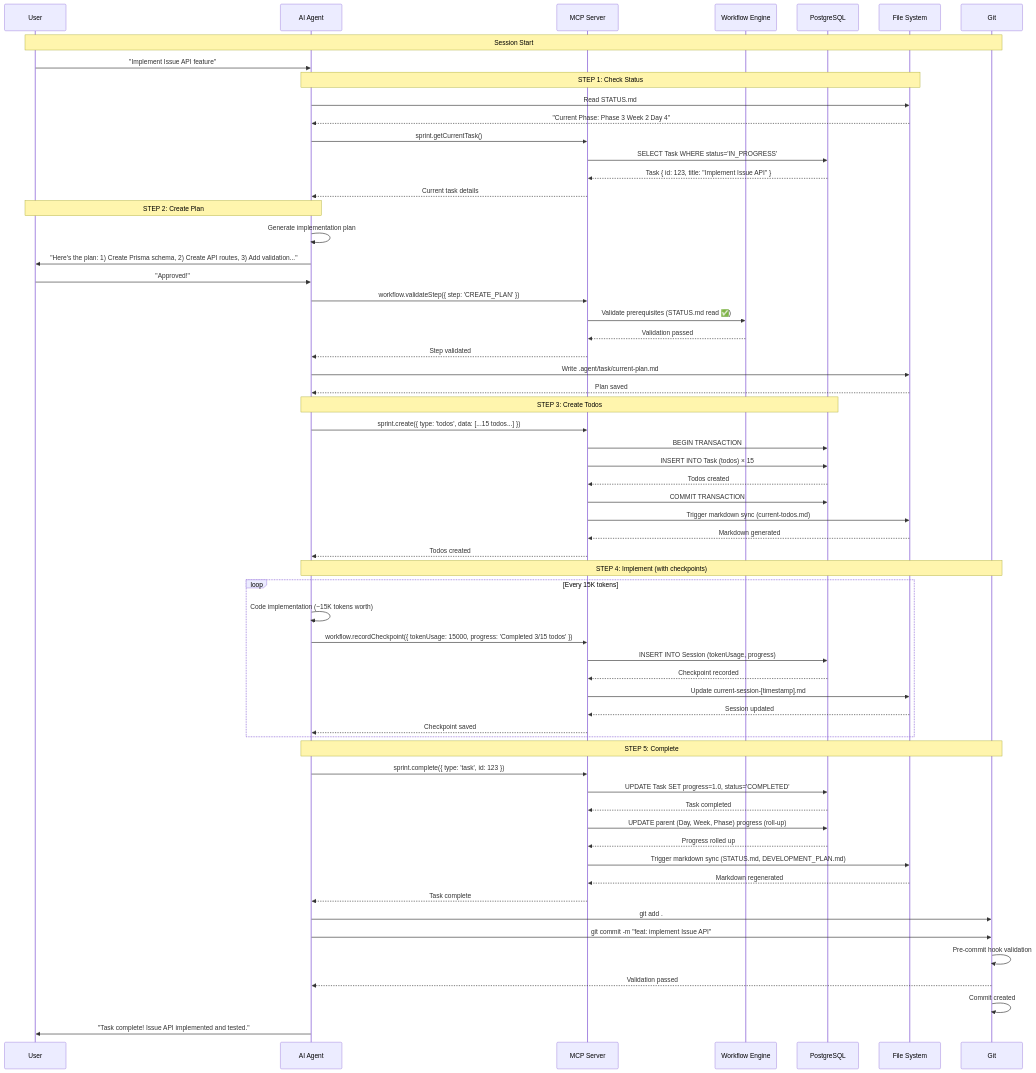
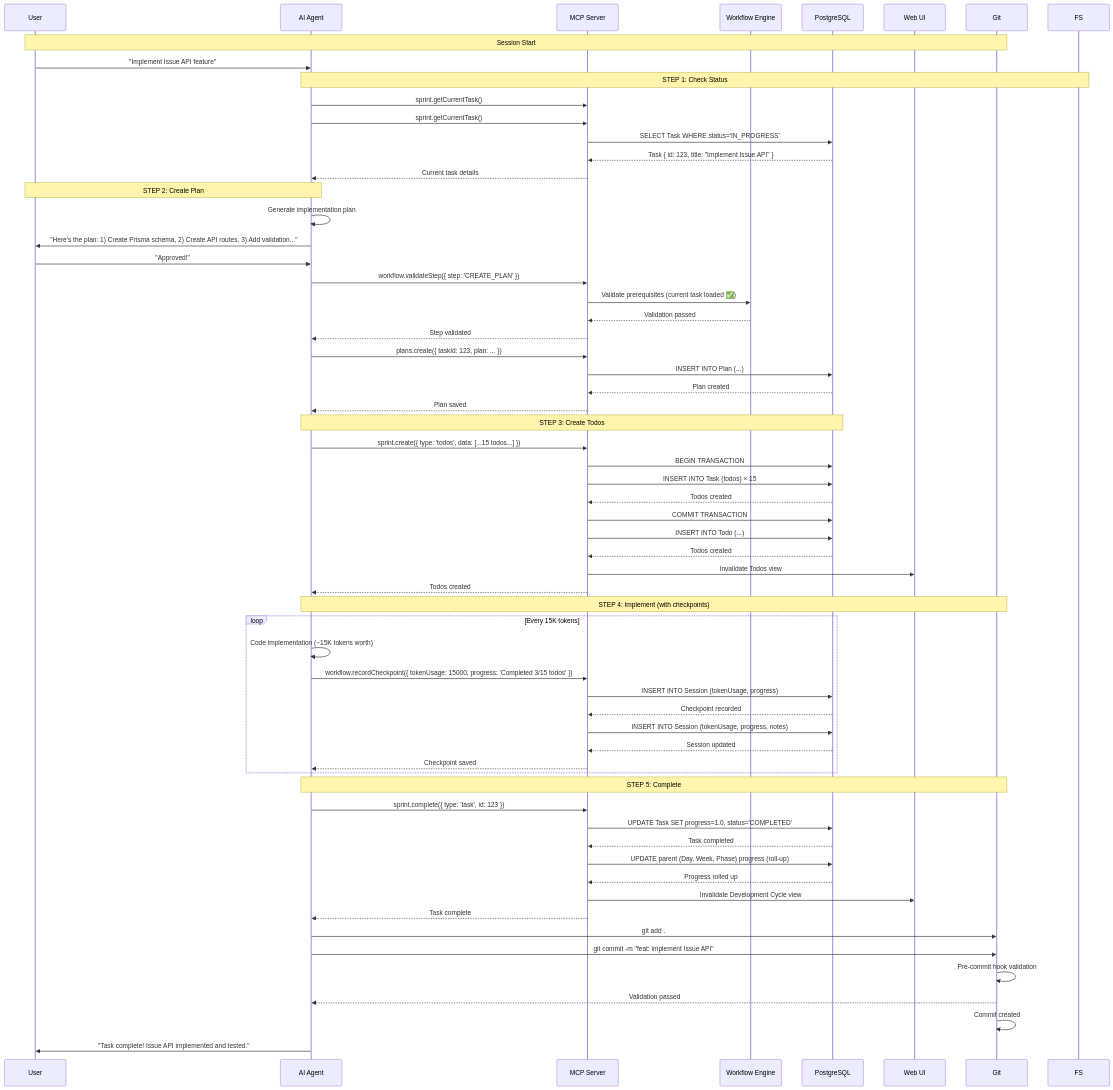
Before and after one commit to draco28/ProjectPulse: diagram 23 of 24 in docs/03-Architecture.md, drawn with Mermaid. The commit also changed other lines of this file and 8 other files, not shown here.

````diff
--- a/docs/03-Architecture.md
+++ b/docs/03-Architecture.md
@@ -3497,70 +3307,71 @@
 ```mermaid
 sequenceDiagram
     participant User
     participant Agent as AI Agent
     participant MCP as MCP Server
     participant WorkflowEngine as Workflow Engine
     participant DB as PostgreSQL
-    participant FS as File System
+    participant UI as Web UI
     participant Git
 
     Note over User,Git: Session Start
     User->>Agent: "Implement Issue API feature"
 
     Note over Agent,FS: STEP 1: Check Status
-    Agent->>FS: Read STATUS.md
-    FS-->>Agent: "Current Phase: Phase 3 Week 2 Day 4"
+    Agent->>MCP: sprint.getCurrentTask()
     Agent->>MCP: sprint.getCurrentTask()
     MCP->>DB: SELECT Task WHERE status='IN_PROGRESS'
     DB-->>MCP: Task { id: 123, title: "Implement Issue API" }
     MCP-->>Agent: Current task details
 
     Note over Agent,User: STEP 2: Create Plan
     Agent->>Agent: Generate implementation plan
     Agent->>User: "Here's the plan: 1) Create Prisma schema, 2) Create API routes, 3) Add validation..."
     User->>Agent: "Approved!"
     Agent->>MCP: workflow.validateStep({ step: 'CREATE_PLAN' })
-    MCP->>WorkflowEngine: Validate prerequisites (STATUS.md read ✅)
+    MCP->>WorkflowEngine: Validate prerequisites (current task loaded ✅)
     WorkflowEngine-->>MCP: Validation passed
     MCP-->>Agent: Step validated
-    Agent->>FS: Write .agent/task/current-plan.md
-    FS-->>Agent: Plan saved
+    Agent->>MCP: plans.create({ taskId: 123, plan: ... })
+    MCP->>DB: INSERT INTO Plan (...)
+    DB-->>MCP: Plan created
+    MCP-->>Agent: Plan saved
 
     Note over Agent,DB: STEP 3: Create Todos
     Agent->>MCP: sprint.create({ type: 'todos', data: [...15 todos...] })
     MCP->>DB: BEGIN TRANSACTION
     MCP->>DB: INSERT INTO Task (todos) × 15
     DB-->>MCP: Todos created
     MCP->>DB: COMMIT TRANSACTION
-    MCP->>FS: Trigger markdown sync (current-todos.md)
-    FS-->>MCP: Markdown generated
+    MCP->>DB: INSERT INTO Todo (...)
+    DB-->>MCP: Todos created
+    MCP->>UI: Invalidate Todos view
     MCP-->>Agent: Todos created
 
     Note over Agent,Git: STEP 4: Implement (with checkpoints)
     loop Every 15K tokens
         Agent->>Agent: Code implementation (~15K tokens worth)
         Agent->>MCP: workflow.recordCheckpoint({ tokenUsage: 15000, progress: 'Completed 3/15 todos' })
         MCP->>DB: INSERT INTO Session (tokenUsage, progress)
         DB-->>MCP: Checkpoint recorded
-        MCP->>FS: Update current-session-[timestamp].md
-        FS-->>MCP: Session updated
+        MCP->>DB: INSERT INTO Session (tokenUsage, progress, notes)
+        DB-->>MCP: Session updated
         MCP-->>Agent: Checkpoint saved
     end
 
     Note over Agent,Git: STEP 5: Complete
     Agent->>MCP: sprint.complete({ type: 'task', id: 123 })
     MCP->>DB: UPDATE Task SET progress=1.0, status='COMPLETED'
     DB-->>MCP: Task completed
     MCP->>DB: UPDATE parent (Day, Week, Phase) progress (roll-up)
     DB-->>MCP: Progress rolled up
-    MCP->>FS: Trigger markdown sync (STATUS.md, DEVELOPMENT_PLAN.md)
-    FS-->>MCP: Markdown regenerated
+    MCP->>UI: Invalidate Development Cycle view
     MCP-->>Agent: Task complete
 
     Agent->>Git: git add .
     Agent->>Git: git commit -m "feat: implement Issue API"
     Git->>Git: Pre-commit hook validation
     Git-->>Agent: Validation passed
     Git->>Git: Commit created
     Agent->>User: "Task complete! Issue API implemented and tested."
 ```
````
